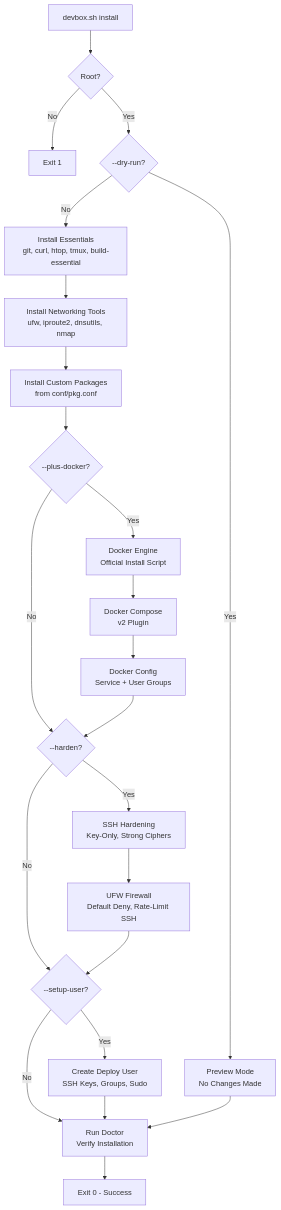
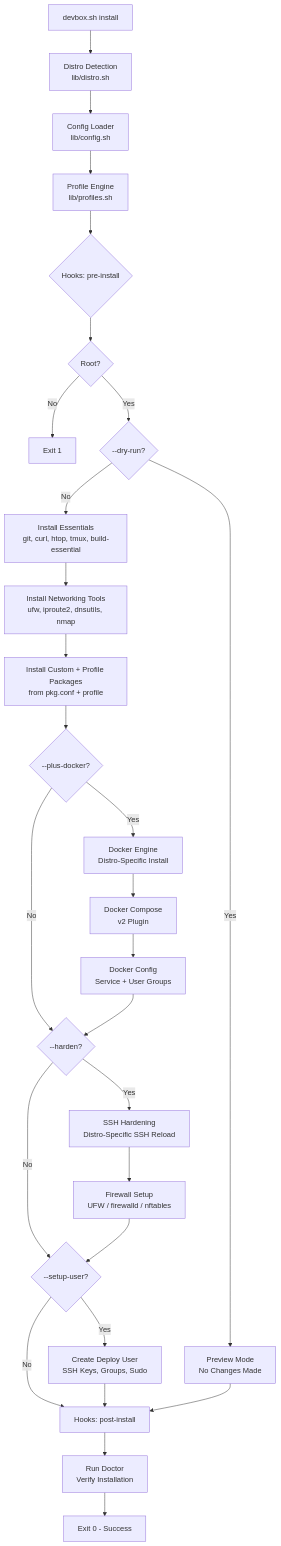
The second of 5 diagrams in README.md (PavaraM/devbox), drawn with Mermaid before and after one commit. The commit also changed other lines of this file, not shown here.

Commit message:
docs: update README for v2.0 — multi-distro, profiles, hooks, bootstrap, new commands

````diff
--- a/README.md
+++ b/README.md
@@ -154,25 +224,30 @@
 ```mermaid
 flowchart TD
-    A["devbox.sh install"] --> B{Root?}
+    A["devbox.sh install"] --> DETECT["Distro Detection<br/>lib/distro.sh"]
+    DETECT --> LOADCFG["Config Loader<br/>lib/config.sh"]
+    LOADCFG --> PROFILES["Profile Engine<br/>lib/profiles.sh"]
+    PROFILES --> HOOKS_PRE{"Hooks: pre-install"}
+    HOOKS_PRE --> B{Root?}
     B -->|No| C["Exit 1"]
     B -->|Yes| D{--dry-run?}
     D -->|Yes| E["Preview Mode<br/>No Changes Made"]
     D -->|No| F["Install Essentials<br/>git, curl, htop, tmux, build-essential"]
     F --> G["Install Networking Tools<br/>ufw, iproute2, dnsutils, nmap"]
-    G --> H["Install Custom Packages<br/>from conf/pkg.conf"]
+    G --> H["Install Custom + Profile Packages<br/>from pkg.conf + profile"]
     H --> I{--plus-docker?}
     I -->|No| J{--harden?}
-    I -->|Yes| K["Docker Engine<br/>Official Install Script"]
+    I -->|Yes| K["Docker Engine<br/>Distro-Specific Install"]
     K --> L["Docker Compose<br/>v2 Plugin"]
     L --> M["Docker Config<br/>Service + User Groups"]
     M --> J
     J -->|No| N{--setup-user?}
-    J -->|Yes| O["SSH Hardening<br/>Key-Only, Strong Ciphers"]
-    O --> P["UFW Firewall<br/>Default Deny, Rate-Limit SSH"]
+    J -->|Yes| O["SSH Hardening<br/>Distro-Specific SSH Reload"]
+    O --> P["Firewall Setup<br/>UFW / firewalld / nftables"]
     P --> N
-    N -->|No| Q["Run Doctor<br/>Verify Installation"]
+    N -->|No| Q["Hooks: post-install"]
     N -->|Yes| R["Create Deploy User<br/>SSH Keys, Groups, Sudo"]
     R --> Q
     E --> Q
-    Q --> S["Exit 0 - Success"]
+    Q --> S["Run Doctor<br/>Verify Installation"]
+    S --> T["Exit 0 - Success"]
 ```
````
